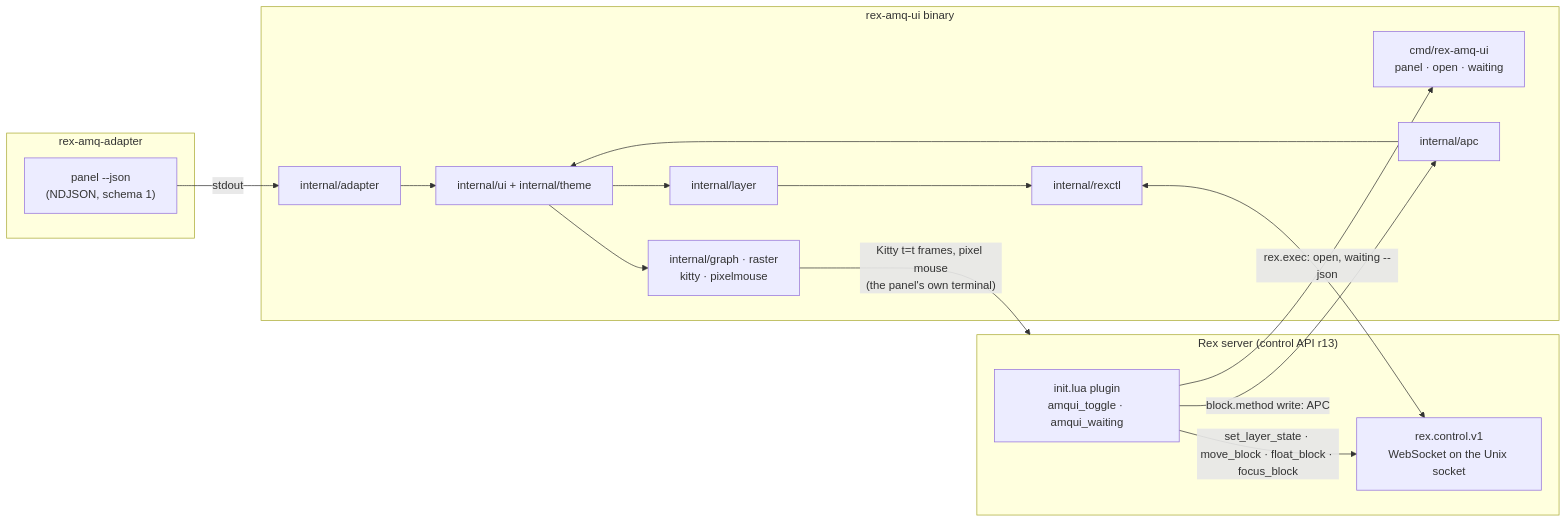
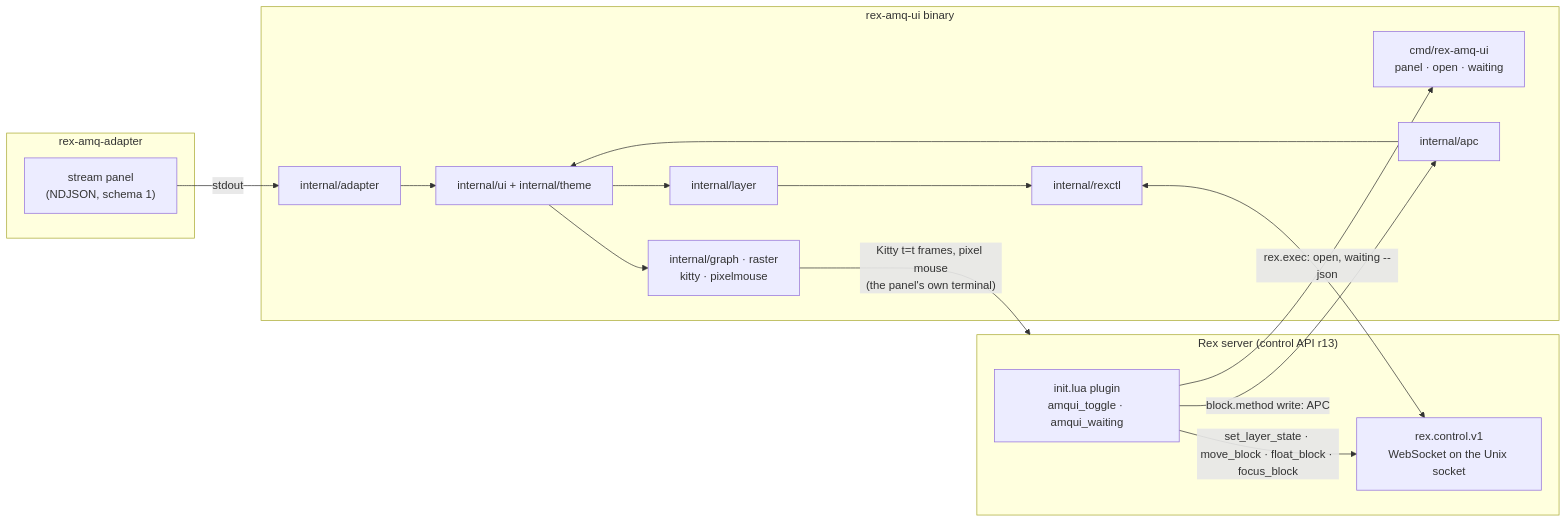
One commit to est7/rex-amq-ui changed the diagram in docs/design.md. Above: the diagram before and after it, drawn with Mermaid. The commit also changed other lines of this file and 9 other files, not shown here.

First line of the commit message:
fix(adapter): run rex-amq-adapter stream panel and read its pre-connect failure envelope

````diff
--- a/docs/design.md
+++ b/docs/design.md
@@ -19,28 +19,28 @@
 ```mermaid
 flowchart LR
   subgraph Adapter["rex-amq-adapter"]
-    Panel["panel --json<br/>(NDJSON, schema 1)"]
+    Panel["stream panel<br/>(NDJSON, schema 1)"]
   end
   subgraph Rex["Rex server (control API r13)"]
     Lua["init.lua plugin<br/>amqui_toggle · amqui_waiting"]
     API["rex.control.v1<br/>WebSocket on the Unix socket"]
   end
   subgraph Bin["rex-amq-ui binary"]
     Cmd["cmd/rex-amq-ui<br/>panel · open · waiting"]
     A["internal/adapter"]
     R["internal/rexctl"]
     L["internal/layer"]
     P["internal/apc"]
     U["internal/ui + internal/theme"]
     G["internal/graph · raster<br/>kitty · pixelmouse"]
   end
   Panel -- stdout --> A
   A --> U
   Lua -- "rex.exec: open, waiting --json" --> Cmd
   Lua -- "block.method write: APC" --> P
   Lua -- "set_layer_state · move_block · float_block · focus_block" --> API
   P --> U
   U --> L --> R <--> API
   U --> G
   G -- "Kitty t=t frames, pixel mouse<br/>(the panel's own terminal)" --> Rex
 ```
````
